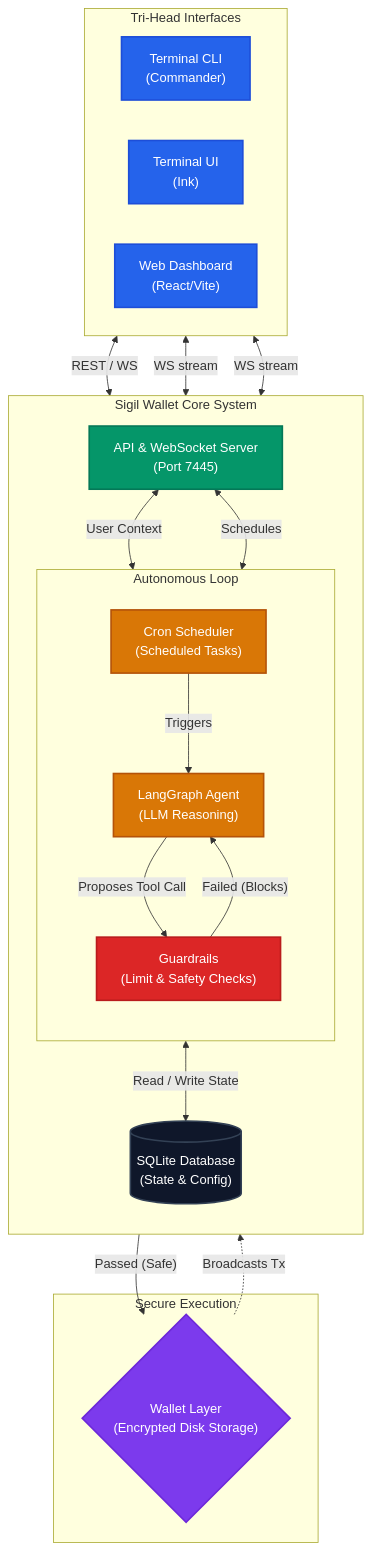
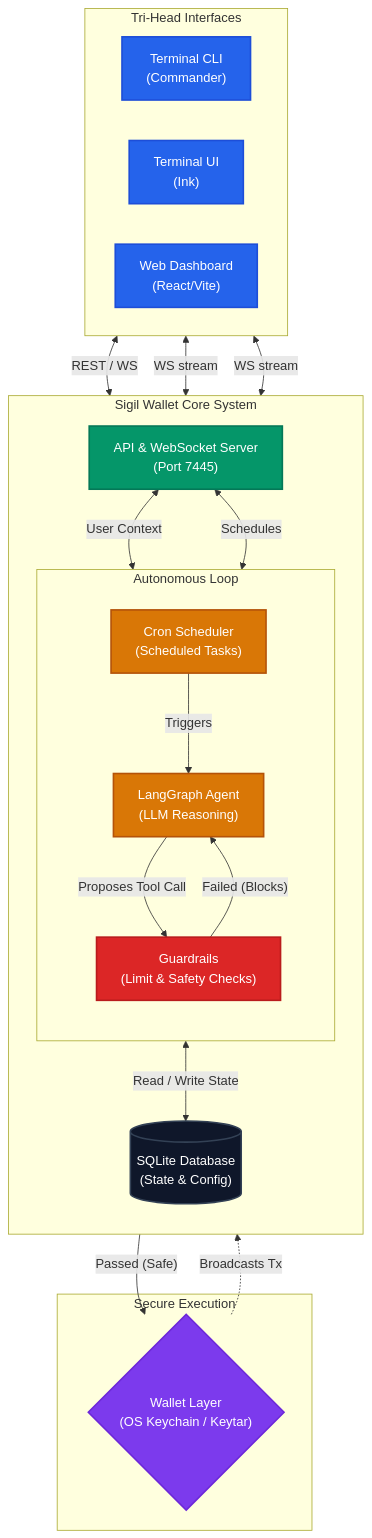
Before and after one commit to koredeycode/sigil: the diagram in ARCHITECTURE.md, drawn with Mermaid. The commit also changed other lines of this file and 8 other files, not shown here.

Commit message:
feat: Add orchestration tools, refactor DeFi integration to Orca with Mock fallback, and update wallet key storage to OS keychain.

````diff
--- a/ARCHITECTURE.md
+++ b/ARCHITECTURE.md
@@ -7,49 +7,49 @@
 ```mermaid
 graph TB
     classDef interface fill:#2563eb,stroke:#1d4ed8,stroke-width:2px,color:#fff
     classDef api fill:#059669,stroke:#047857,stroke-width:2px,color:#fff
     classDef agent fill:#d97706,stroke:#b45309,stroke-width:2px,color:#fff
     classDef db fill:#0f172a,stroke:#334155,stroke-width:2px,color:#fff
     classDef security fill:#dc2626,stroke:#b91c1c,stroke-width:2px,color:#fff
     classDef wallet fill:#7c3aed,stroke:#6d28d9,stroke-width:2px,color:#fff
 
     subgraph Interfaces ["Tri-Head Interfaces"]
         direction LR
         CLI["Terminal CLI<br/>(Commander)"]:::interface
         TUI["Terminal UI<br/>(Ink)"]:::interface
         WEB["Web Dashboard<br/>(React/Vite)"]:::interface
     end
 
     subgraph Core ["Sigil Wallet Core System"]
         direction TB
         SERVER["API & WebSocket Server<br/>(Port 7445)"]:::api
         
         subgraph AgentLoop ["Autonomous Loop"]
             direction TB
             AGENT["LangGraph Agent<br/>(LLM Reasoning)"]:::agent
             GUARDRAILS["Guardrails<br/>(Limit & Safety Checks)"]:::security
             CRON["Cron Scheduler<br/>(Scheduled Tasks)"]:::agent
         end
         
         DB[("SQLite Database<br/>(State & Config)")]:::db
     end
 
     subgraph Execution ["Secure Execution"]
-        WALLET{"Wallet Layer<br/>(Encrypted Disk Storage)"}:::wallet
+        WALLET{"Wallet Layer<br/>(OS Keychain / Keytar)"}:::wallet
     end
 
     %% Connections
     CLI <-->|REST / WS| SERVER
     TUI <-->|WS stream| SERVER
     WEB <-->|WS stream| SERVER
 
     SERVER <-->|User Context| AGENT
     SERVER <-->|Schedules| CRON
     CRON -->|Triggers| AGENT
     AGENT <-->|Read / Write State| DB
     
     AGENT -->|"Proposes Tool Call"| GUARDRAILS
     GUARDRAILS -->|"Failed (Blocks)"| AGENT
     GUARDRAILS -->|"Passed (Safe)"| WALLET
     WALLET -.->|"Broadcasts Tx"| SERVER
 ```
````
